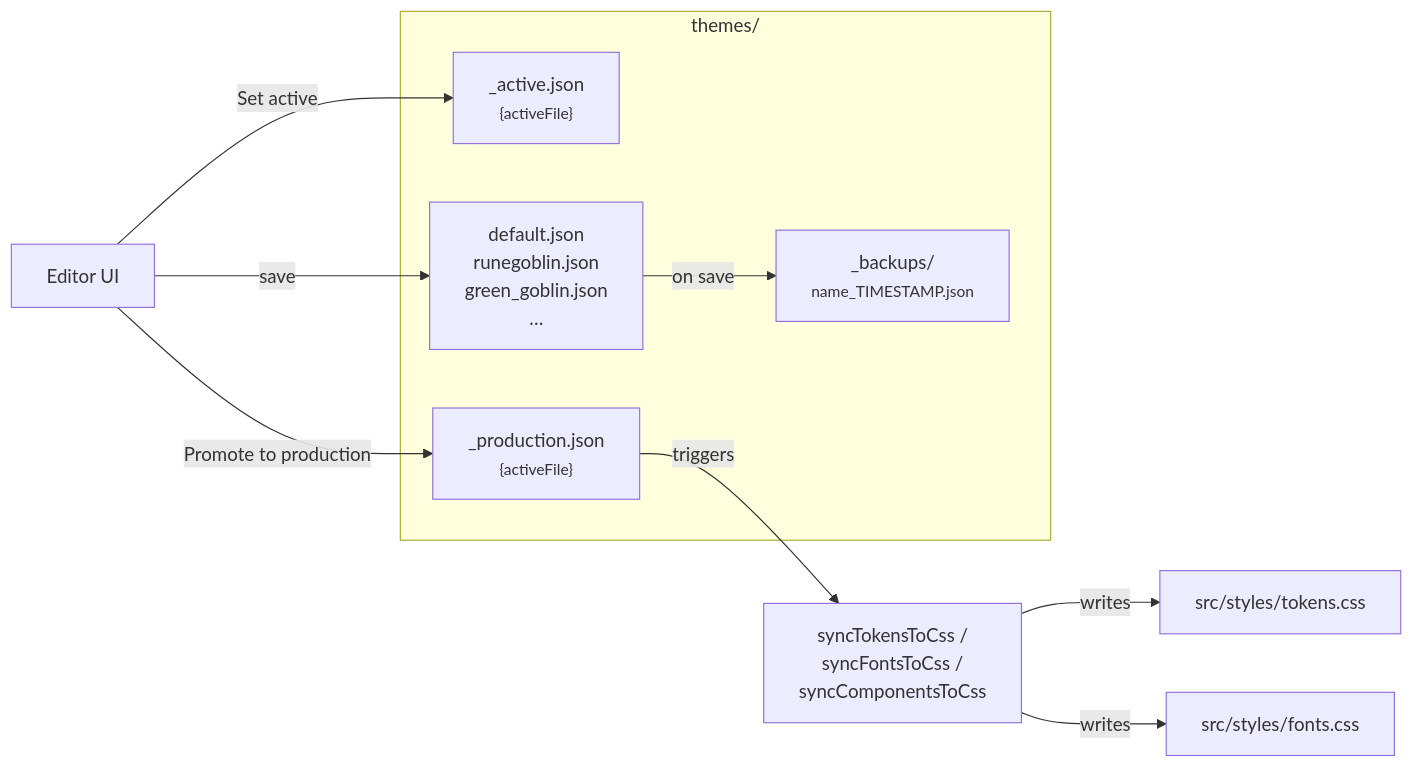
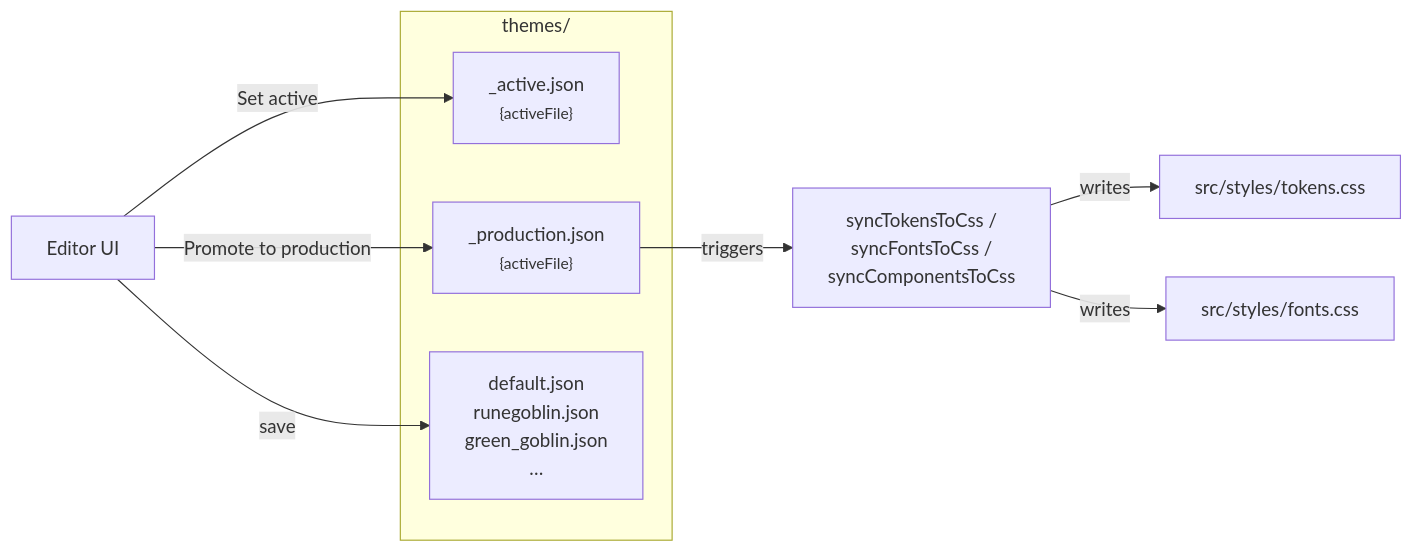
Before and after one commit to motionproto/live-tokens: the second of 4 diagrams in docs/04-tokens-and-themes.md, drawn with Mermaid. The commit also changed other lines of this file and 65 other files, not shown here.

````diff
--- a/docs/04-tokens-and-themes.md
+++ b/docs/04-tokens-and-themes.md
@@ -164,17 +163,15 @@
 ```mermaid
 flowchart LR
     subgraph Themes["themes/"]
         Active["_active.json<br/><small>{activeFile}</small>"]
         Prod["_production.json<br/><small>{activeFile}</small>"]
         Files["default.json<br/>runegoblin.json<br/>green_goblin.json<br/>…"]
-        Backups["_backups/<br/><small>name_TIMESTAMP.json</small>"]
     end
 
     Editor[Editor UI] -- save --> Files
-    Files -- on save --> Backups
     Editor -- "Set active" --> Active
     Editor -- "Promote to production" --> Prod
     Prod -- triggers --> SyncCss["syncTokensToCss /<br/>syncFontsToCss /<br/>syncComponentsToCss"]
     SyncCss -- writes --> TokensCss[src/styles/tokens.css]
     SyncCss -- writes --> FontsCss[src/styles/fonts.css]
 ```
````
